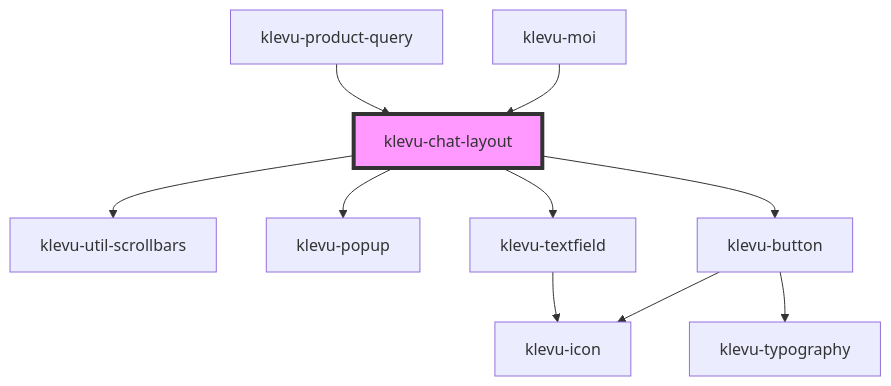
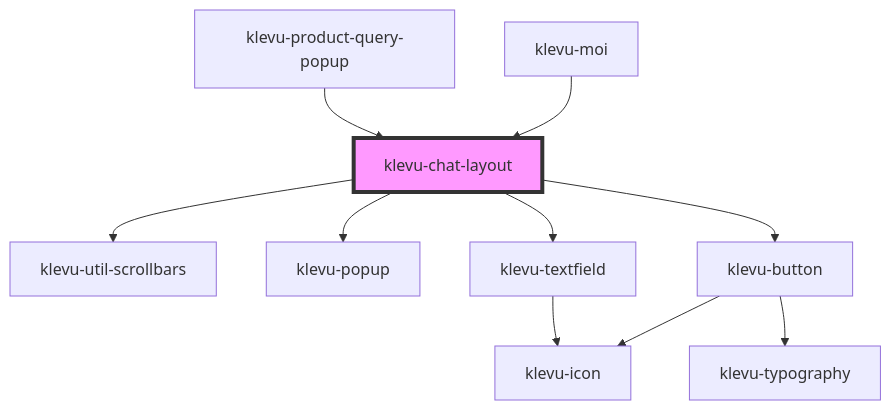
Before and after one commit to klevultd/frontend-sdk: the diagram in packages/klevu-ui/src/components/klevu-chat-layout/readme.md, drawn with Mermaid. The commit also changed other lines of this file and 22 other files, not shown here.

````diff
--- a/packages/klevu-ui/src/components/klevu-chat-layout/readme.md
+++ b/packages/klevu-ui/src/components/klevu-chat-layout/readme.md
@@ -75,13 +75,13 @@
 ```mermaid
 graph TD;
   klevu-chat-layout --> klevu-util-scrollbars
   klevu-chat-layout --> klevu-popup
   klevu-chat-layout --> klevu-button
   klevu-chat-layout --> klevu-textfield
   klevu-button --> klevu-icon
   klevu-button --> klevu-typography
   klevu-textfield --> klevu-icon
   klevu-moi --> klevu-chat-layout
-  klevu-product-query --> klevu-chat-layout
+  klevu-product-query-popup --> klevu-chat-layout
   style klevu-chat-layout fill:#f9f,stroke:#333,stroke-width:4px
 ```
````
